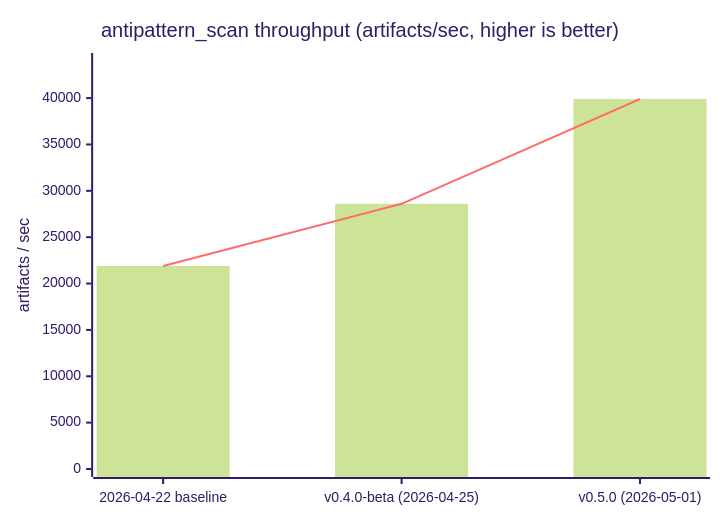
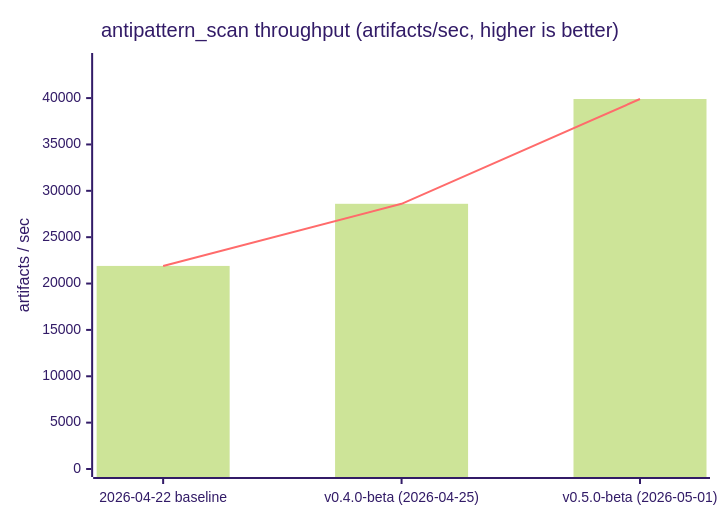
Before and after one commit to eddacraft/eddacraft-tui: the diagram in README.md, drawn with Mermaid (forest theme). The commit also changed other lines of this file and 19 other files, not shown here.

````diff
--- a/README.md
+++ b/README.md
@@ -356,8 +356,8 @@
 ```mermaid
 xychart-beta
     title "antipattern_scan throughput (artifacts/sec, higher is better)"
-    x-axis ["2026-04-22 baseline", "v0.4.0-beta (2026-04-25)", "v0.5.0 (2026-05-01)"]
+    x-axis ["2026-04-22 baseline", "v0.4.0-beta (2026-04-25)", "v0.5.0-beta (2026-05-01)"]
     y-axis "artifacts / sec" 0 --> 44000
     bar [21900, 28600, 39900]
     line [21900, 28600, 39900]
 ```
````
